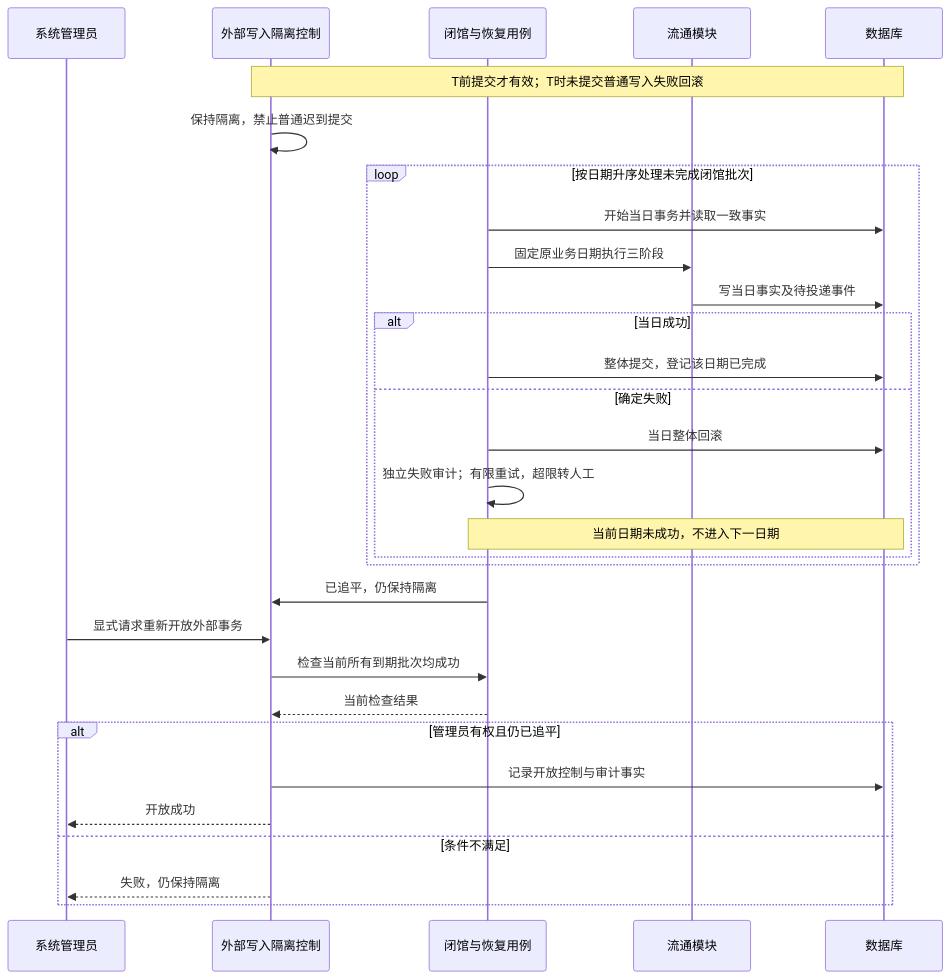
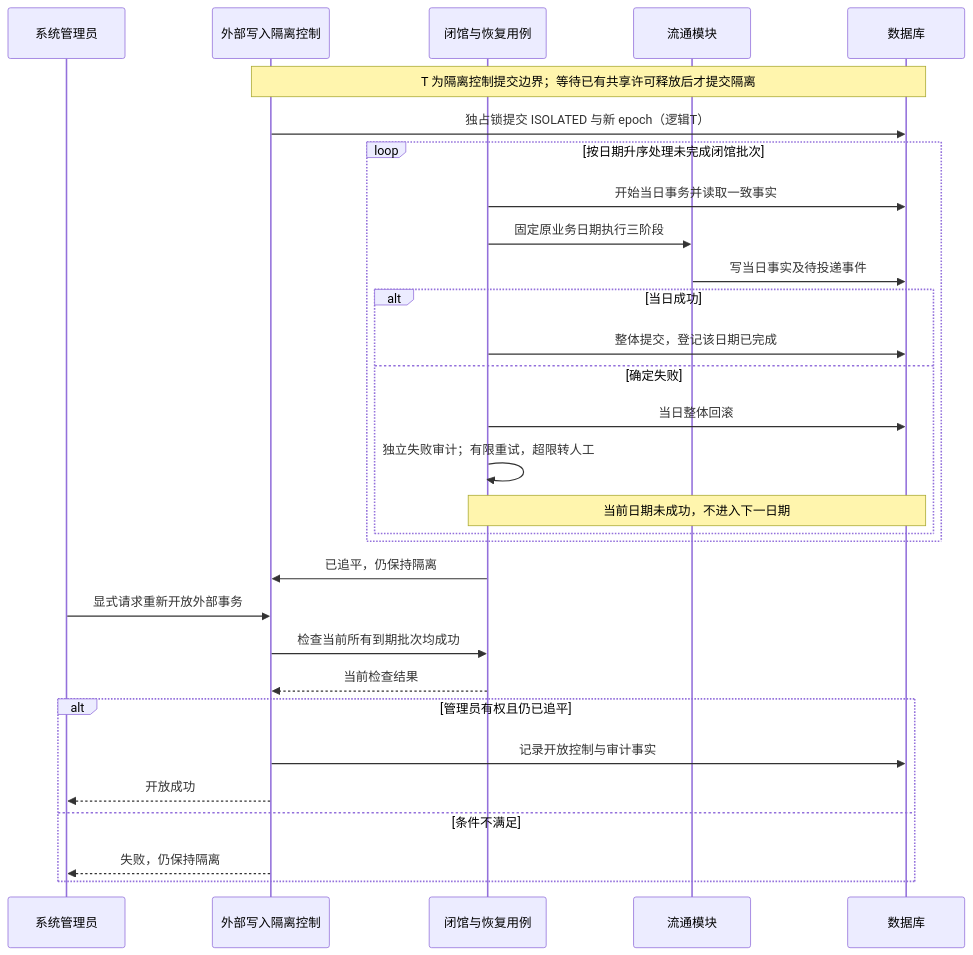
The eighth of 13 diagrams in docs/02-overall-design/MLS-DOC-OD-0002.md (whitecait/MyLibrarySystem), drawn with Mermaid before and after one commit. The commit also changed other lines of this file and 45 other files, not shown here.

````diff
--- a/docs/02-overall-design/MLS-DOC-OD-0002.md
+++ b/docs/02-overall-design/MLS-DOC-OD-0002.md
@@ -314,32 +434,32 @@
 ```mermaid
 sequenceDiagram
     participant A as 系统管理员
     participant G as 外部写入隔离控制
     participant C as 闭馆与恢复用例
     participant L as 流通模块
     participant DB as 数据库
-    Note over G,DB: T前提交才有效；T时未提交普通写入失败回滚
-    G->>G: 保持隔离，禁止普通迟到提交
+    Note over G,DB: T 为隔离控制提交边界；等待已有共享许可释放后才提交隔离
+    G->>DB: 独占锁提交 ISOLATED 与新 epoch（逻辑T）
     loop 按日期升序处理未完成闭馆批次
         C->>DB: 开始当日事务并读取一致事实
         C->>L: 固定原业务日期执行三阶段
         L->>DB: 写当日事实及待投递事件
         alt 当日成功
             C->>DB: 整体提交，登记该日期已完成
         else 确定失败
             C->>DB: 当日整体回滚
             C->>C: 独立失败审计；有限重试，超限转人工
             Note over C,DB: 当前日期未成功，不进入下一日期
         end
     end
     C->>G: 已追平，仍保持隔离
     A->>G: 显式请求重新开放外部事务
     G->>C: 检查当前所有到期批次均成功
     C-->>G: 当前检查结果
     alt 管理员有权且仍已追平
         G->>DB: 记录开放控制与审计事实
         G-->>A: 开放成功
     else 条件不满足
         G-->>A: 失败，仍保持隔离
     end
 ```
````
